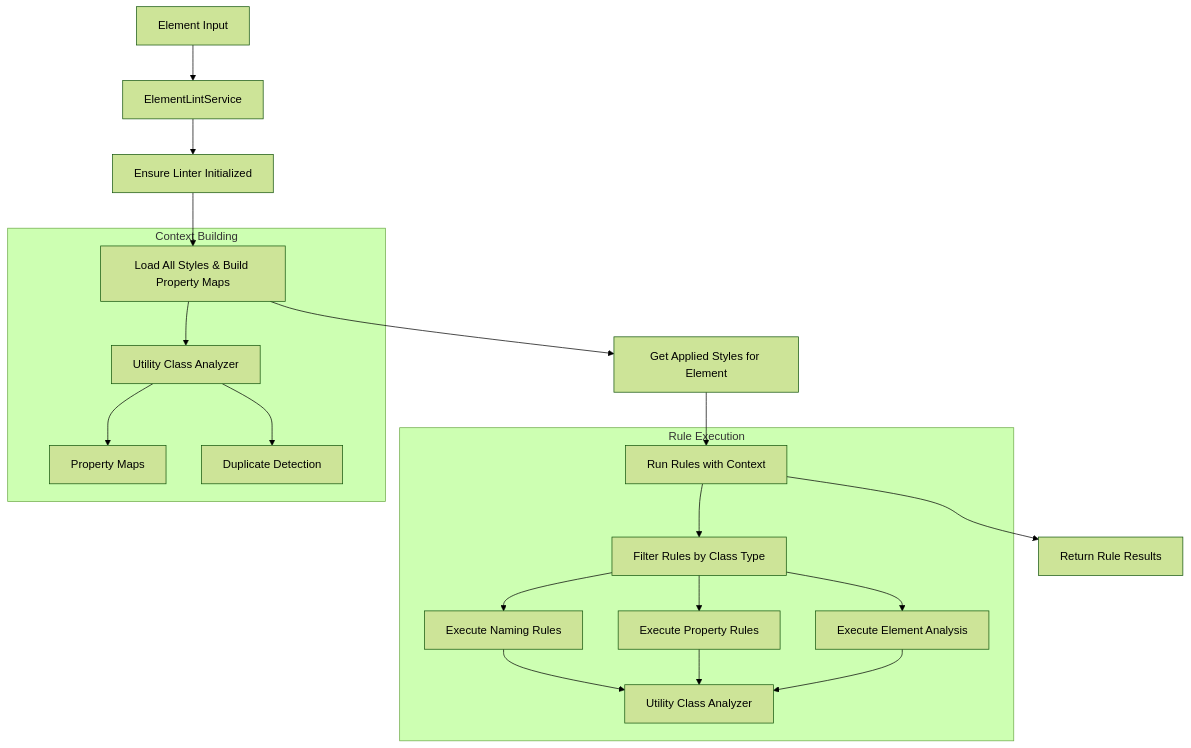
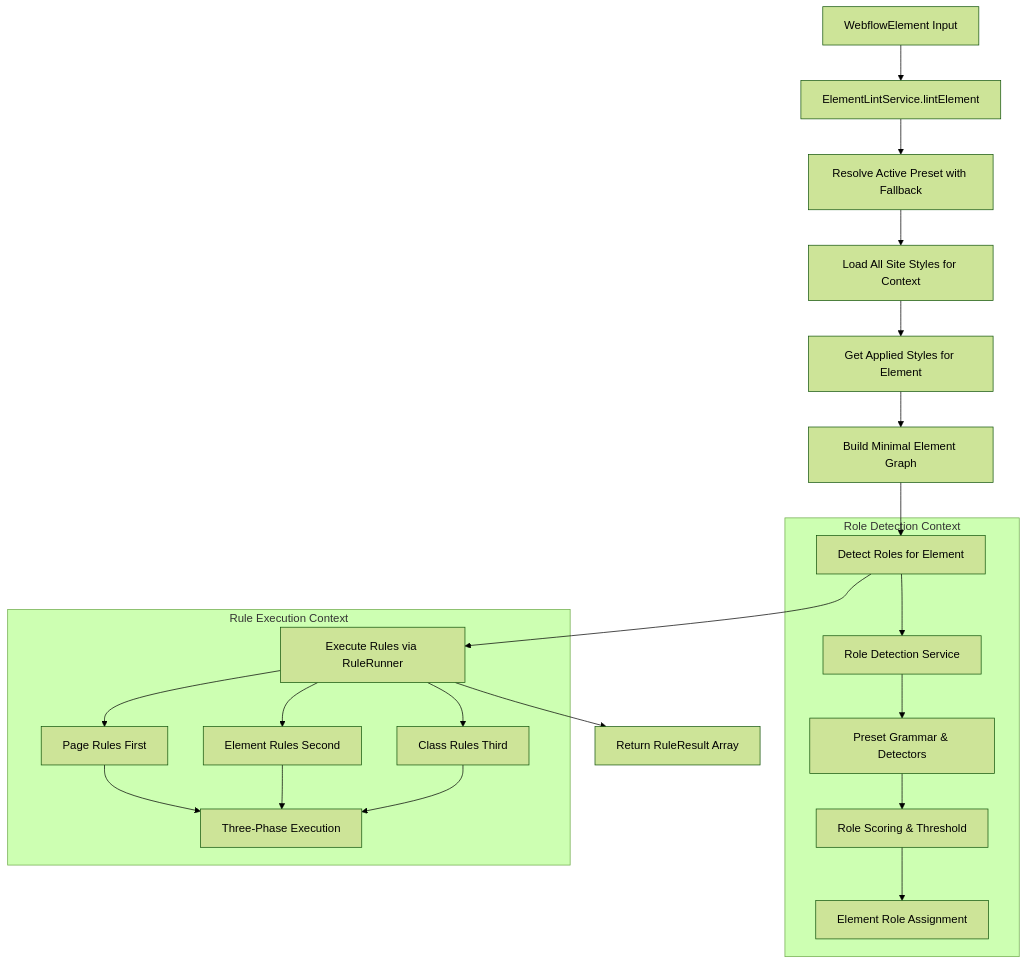
Before and after one commit to milesroxas/Flint: the first of 5 diagrams in src/features/linter/services/README.md, drawn with Mermaid (forest theme). The commit also changed other lines of this file and 93 other files, not shown here.

````diff
--- a/src/features/linter/services/README.md
+++ b/src/features/linter/services/README.md
@@ -162,25 +199,27 @@
 ```mermaid
 flowchart TD
-    A[Element Input] --> B[ElementLintService]
-    B --> C[Ensure Linter Initialized]
-    C --> D[Load All Styles & Build Property Maps]
+    A[WebflowElement Input] --> B[ElementLintService.lintElement]
+    B --> C[Resolve Active Preset with Fallback]
+    C --> D[Load All Site Styles for Context]
     D --> E[Get Applied Styles for Element]
-    E --> F[Run Rules with Context]
-    F --> G[Return Rule Results]
+    E --> F[Build Minimal Element Graph]
+    F --> G[Detect Roles for Element]
+    G --> H[Execute Rules via RuleRunner]
+    H --> I[Return RuleResult Array]
 
-    subgraph "Rule Execution"
-        F --> H[Filter Rules by Class Type]
-        H --> I[Execute Naming Rules]
-        H --> J[Execute Property Rules]
-        H --> K[Execute Element Analysis]
-        I --> L[Utility Class Analyzer]
-        J --> L
-        K --> L
+    subgraph "Role Detection Context"
+        G --> J[Role Detection Service]
+        J --> K[Preset Grammar & Detectors]
+        K --> L[Role Scoring & Threshold]
+        L --> M[Element Role Assignment]
     end
 
-    subgraph "Context Building"
-        D --> M[Utility Class Analyzer]
-        M --> N[Property Maps]
-        M --> O[Duplicate Detection]
+    subgraph "Rule Execution Context"
+        H --> N[Page Rules First]
+        H --> O[Element Rules Second]
+        H --> P[Class Rules Third]
+        N --> Q[Three-Phase Execution]
+        O --> Q
+        P --> Q
     end
 ```
````
